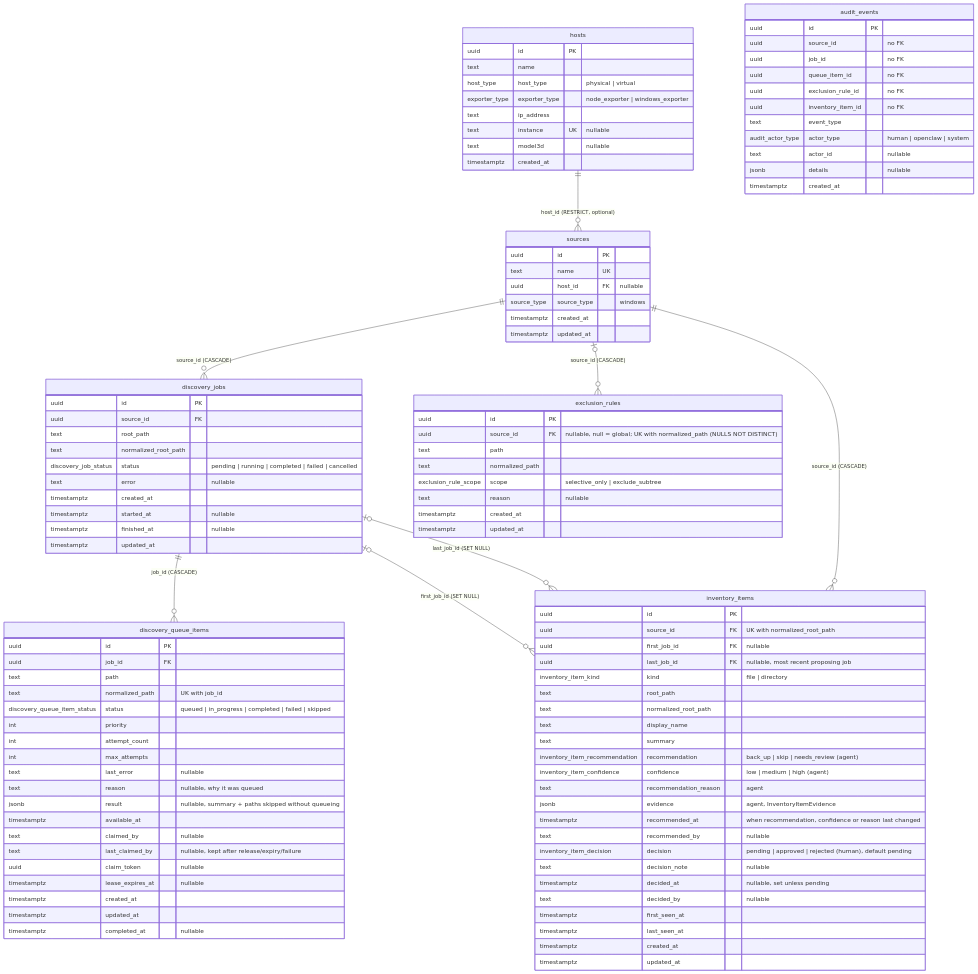
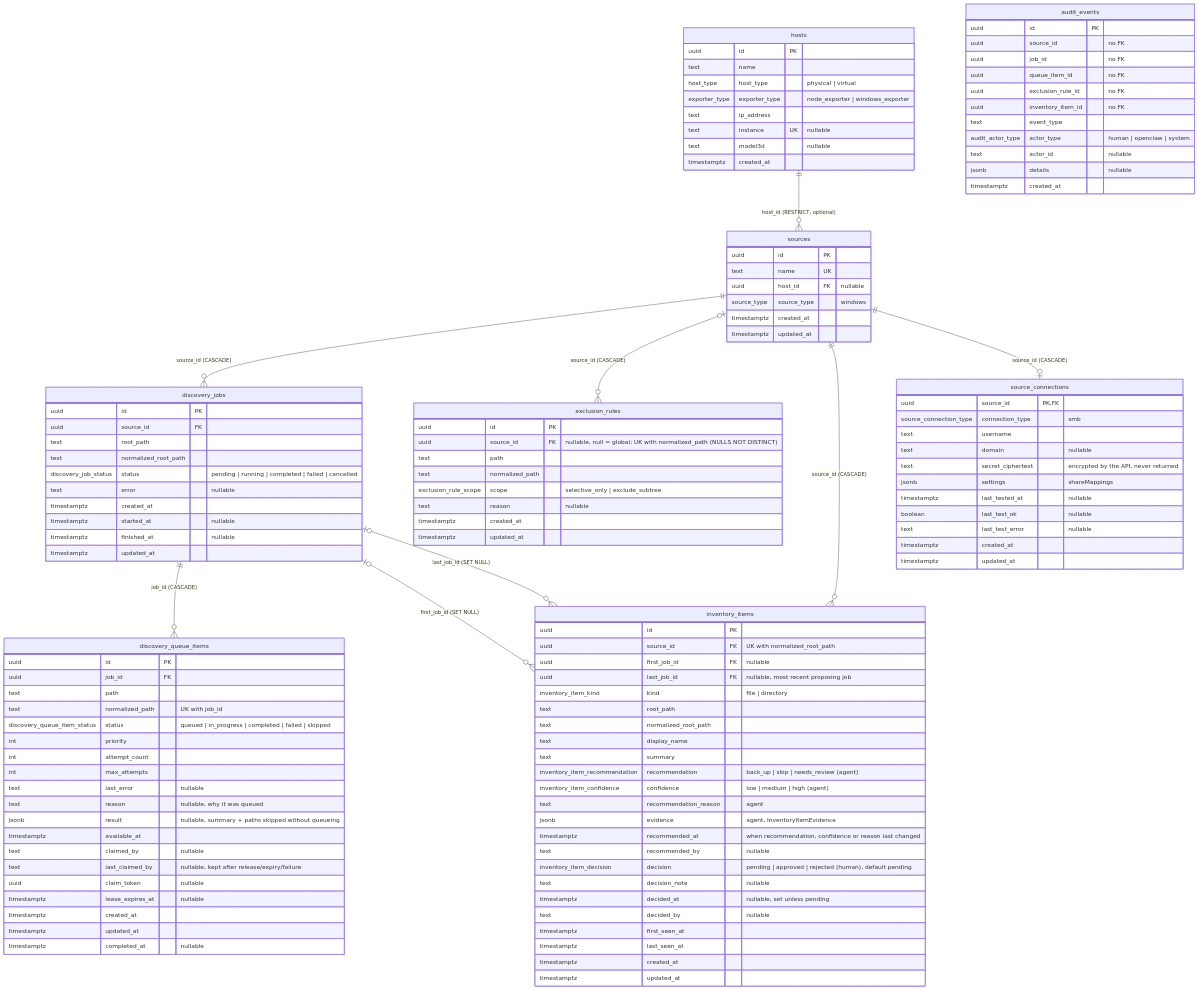
Before and after one commit to pbabbott/home-web-apps: the diagram in packages/homelab-db/ERD.md, drawn with Mermaid. The commit also changed other lines of this file and 52 other files, not shown here.

First line of the commit message:
feat(exodus): preview source files over SMB with stored credentials

```diff
--- a/packages/homelab-db/ERD.md
+++ b/packages/homelab-db/ERD.md
@@ -9,6 +9,7 @@
     discovery_jobs ||--o{ discovery_queue_items : "job_id (CASCADE)"
     sources |o--o{ exclusion_rules : "source_id (CASCADE)"
     sources ||--o{ inventory_items : "source_id (CASCADE)"
+    sources ||--o| source_connections : "source_id (CASCADE)"
     discovery_jobs |o--o{ inventory_items : "first_job_id (SET NULL)"
     discovery_jobs |o--o{ inventory_items : "last_job_id (SET NULL)"
 
@@ -28,6 +29,20 @@
         text name UK
         uuid host_id FK "nullable"
         source_type source_type "windows"
+        timestamptz created_at
+        timestamptz updated_at
+    }
+
+    source_connections {
+        uuid source_id PK, FK
+        source_connection_type connection_type "smb"
+        text username
+        text domain "nullable"
+        text secret_ciphertext "encrypted by the API, never returned"
+        jsonb settings "shareMappings"
+        timestamptz last_tested_at "nullable"
+        boolean last_test_ok "nullable"
+        text last_test_error "nullable"
         timestamptz created_at
         timestamptz updated_at
     }
```
